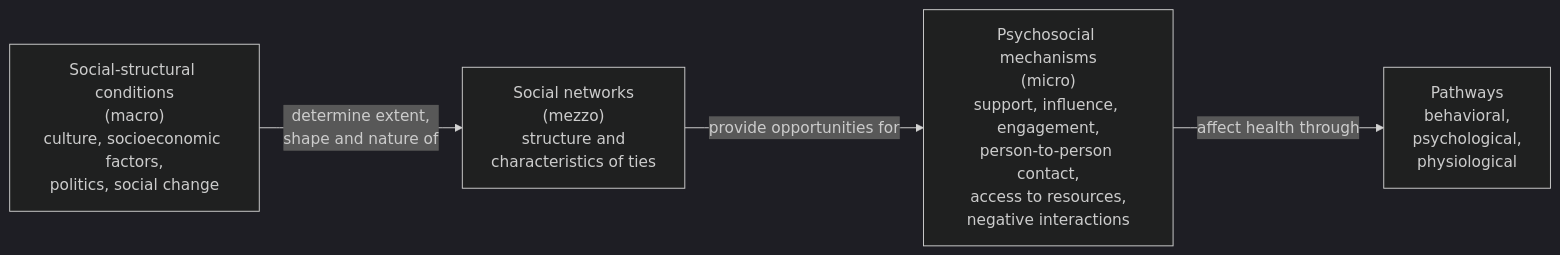
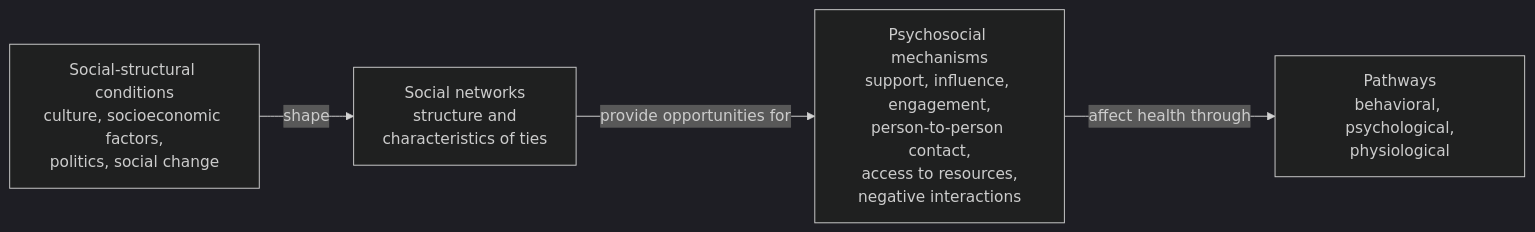
The diagram in README.md (onicio/epid526_SNA), drawn with Mermaid (dark theme) before and after one commit. The commit also changed other lines of this file and 36 other files, not shown here.

````diff
--- a/README.md
+++ b/README.md
@@ -87,6 +127,6 @@
 ```mermaid
 flowchart LR
-    A["Social-structural conditions<br/>(macro)<br/>culture, socioeconomic factors,<br/>politics, social change"] -->|"determine extent,<br/>shape and nature of"| B["Social networks<br/>(mezzo)<br/>structure and<br/>characteristics of ties"]
-    B -->|"provide opportunities for"| C["Psychosocial mechanisms<br/>(micro)<br/>support, influence, engagement,<br/>person-to-person contact,<br/>access to resources,<br/>negative interactions"]
-    C -->|"affect health through"| D["Pathways<br/>behavioral,<br/>psychological,<br/>physiological"]
+    A["Social-structural conditions<br/>culture, socioeconomic factors,<br/>politics, social change"] -->|"shape"| B["Social networks<br/>structure and<br/>characteristics of ties"]
+    B -->|"provide opportunities for"| C["Psychosocial mechanisms<br/>support, influence, engagement,<br/>person-to-person contact,<br/>access to resources,<br/>negative interactions"]
+    C -->|"affect health through"| D["Pathways<br/>behavioral, psychological,<br/>physiological"]
 ```
````
